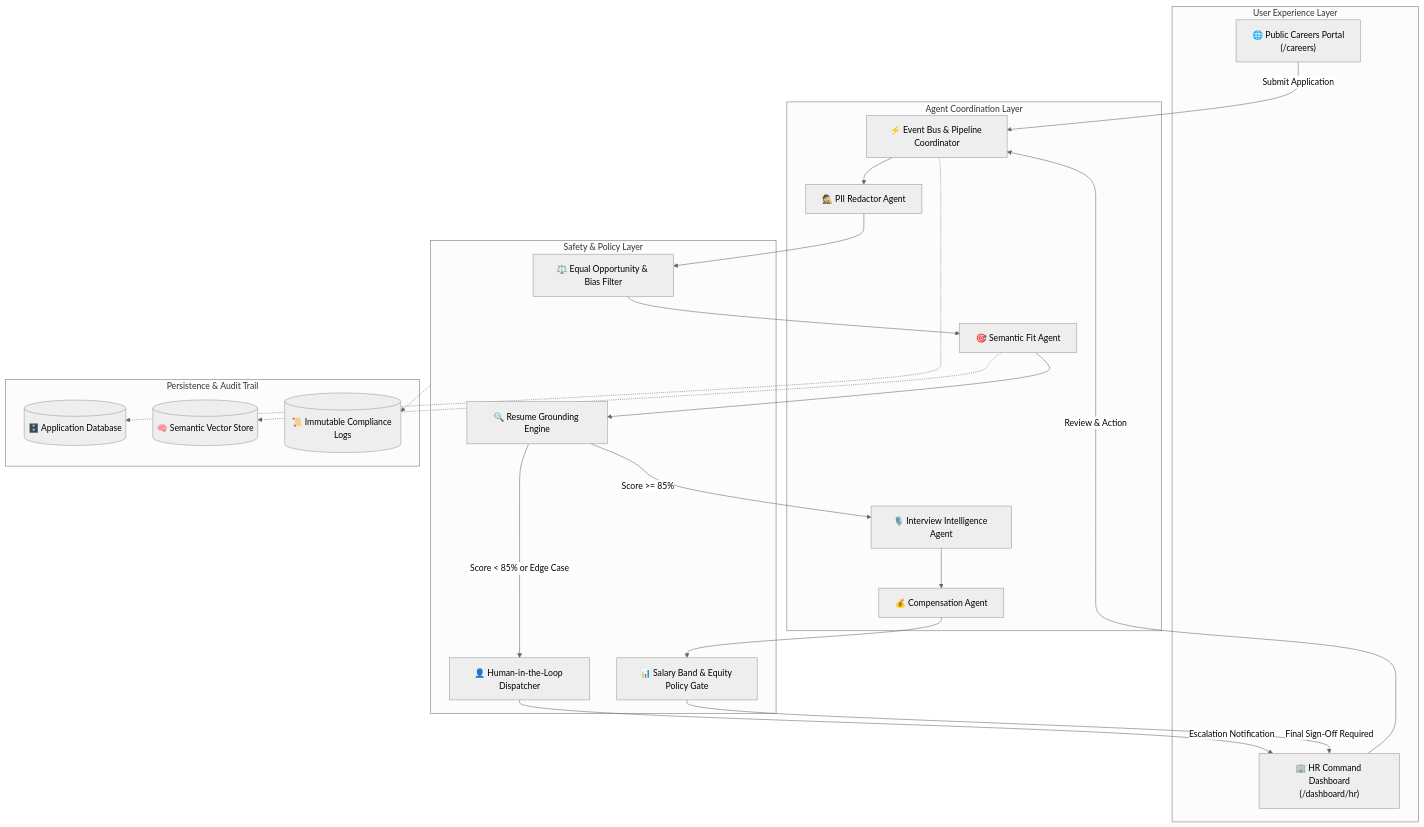
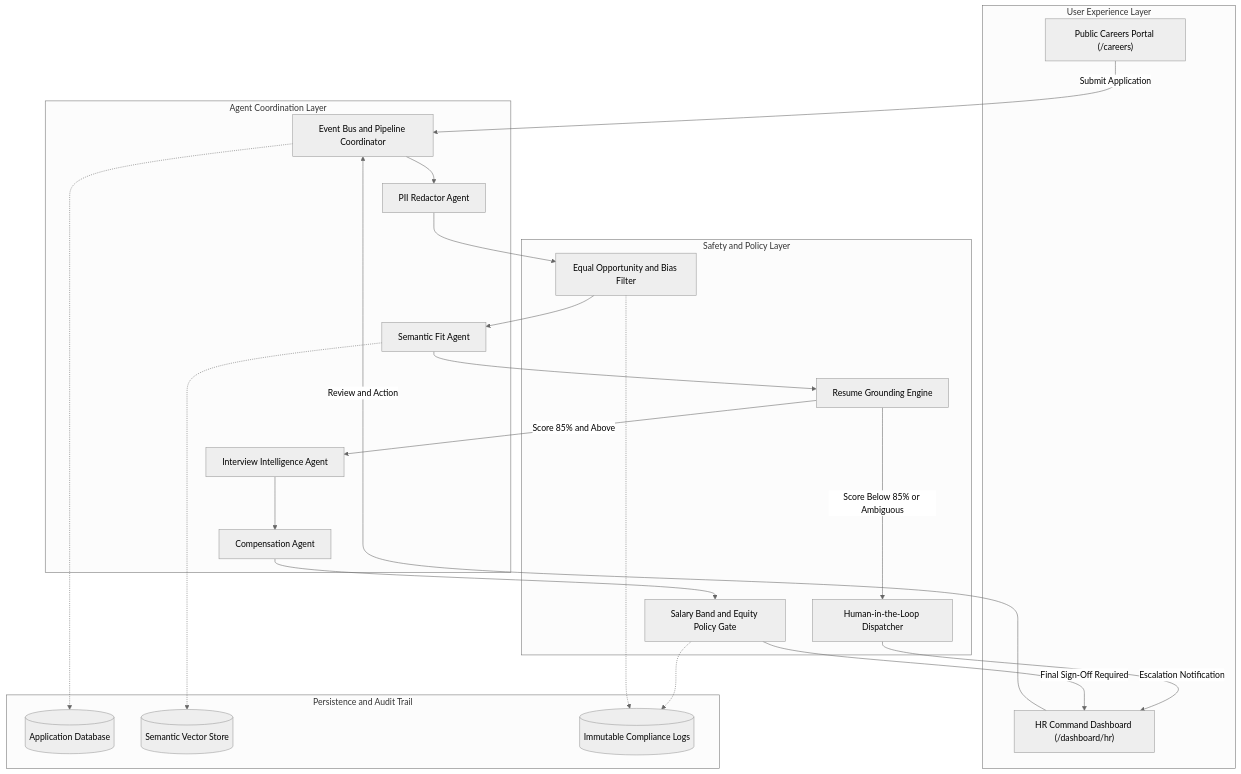
The second of 2 diagrams in README.md (AreebAbdulGhani76/HR_Portal), drawn with Mermaid (neutral theme) before and after one commit. The commit also changed other lines of this file and 16 other files, not shown here.

````diff
--- a/README.md
+++ b/README.md
@@ -103,48 +103,49 @@
 ```mermaid
 flowchart TD
     subgraph Clients["User Experience Layer"]
-        Careers["🌐 Public Careers Portal<br/>(/careers)"]
-        Dashboard["🏢 HR Command Dashboard<br/>(/dashboard/hr)"]
+        Careers["Public Careers Portal (/careers)"]
+        Dashboard["HR Command Dashboard (/dashboard/hr)"]
     end
 
     subgraph Orchestration["Agent Coordination Layer"]
-        Router["⚡ Event Bus & Pipeline Coordinator"]
-        AnonymizerAgent["🕵️ PII Redactor Agent"]
-        MatcherAgent["🎯 Semantic Fit Agent"]
-        InterviewAgent["🎙️ Interview Intelligence Agent"]
-        CompAgent["💰 Compensation Agent"]
+        Router["Event Bus and Pipeline Coordinator"]
+        AnonymizerAgent["PII Redactor Agent"]
+        MatcherAgent["Semantic Fit Agent"]
+        InterviewAgent["Interview Intelligence Agent"]
+        CompAgent["Compensation Agent"]
     end
 
-    subgraph Guardrails["Safety & Policy Layer"]
-        BiasFilter["⚖️ Equal Opportunity & Bias Filter"]
-        FactChecker["🔍 Resume Grounding Engine"]
-        EquityGuard["📊 Salary Band & Equity Policy Gate"]
-        HITLQueue["👤 Human-in-the-Loop Dispatcher"]
+    subgraph Guardrails["Safety and Policy Layer"]
+        BiasFilter["Equal Opportunity and Bias Filter"]
+        FactChecker["Resume Grounding Engine"]
+        EquityGuard["Salary Band and Equity Policy Gate"]
+        HITLQueue["Human-in-the-Loop Dispatcher"]
     end
 
-    subgraph Storage["Persistence & Audit Trail"]
-        DB[("🗄️ Application Database")]
-        VectorStore[("🧠 Semantic Vector Store")]
-        AuditLogs[("📜 Immutable Compliance Logs")]
+    subgraph Storage["Persistence and Audit Trail"]
+        DB[("Application Database")]
+        VectorStore[("Semantic Vector Store")]
+        AuditLogs[("Immutable Compliance Logs")]
     end
 
     Careers -->|Submit Application| Router
-    Dashboard -->|Review & Action| Router
+    Dashboard -->|Review and Action| Router
 
     Router --> AnonymizerAgent
     AnonymizerAgent --> BiasFilter
     BiasFilter --> MatcherAgent
     MatcherAgent --> FactChecker
     
-    FactChecker -->|Score < 85% or Edge Case| HITLQueue
-    FactChecker -->|Score >= 85%| InterviewAgent
+    FactChecker -->|Score Below 85% or Ambiguous| HITLQueue
+    FactChecker -->|Score 85% and Above| InterviewAgent
     
     HITLQueue -->|Escalation Notification| Dashboard
     InterviewAgent --> CompAgent
     CompAgent --> EquityGuard
     EquityGuard -->|Final Sign-Off Required| Dashboard
 
     Router -.-> DB
     MatcherAgent -.-> VectorStore
-    Guardrails -.-> AuditLogs
+    EquityGuard -.-> AuditLogs
+    BiasFilter -.-> AuditLogs
 ```
````
